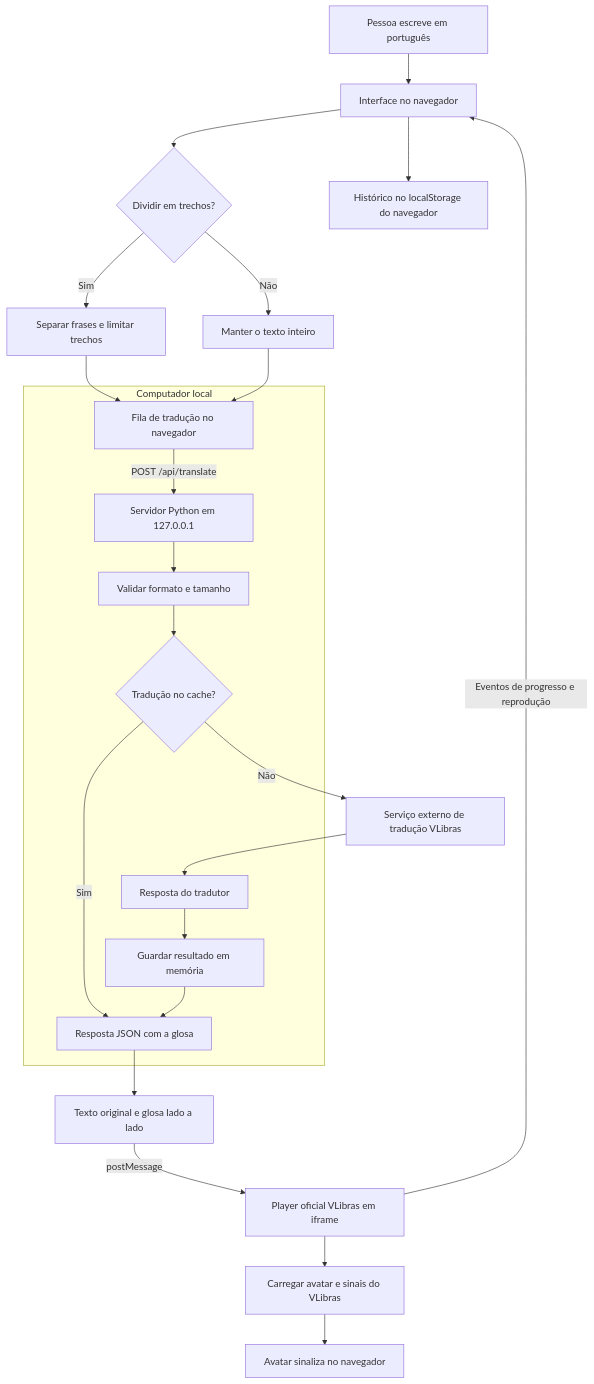
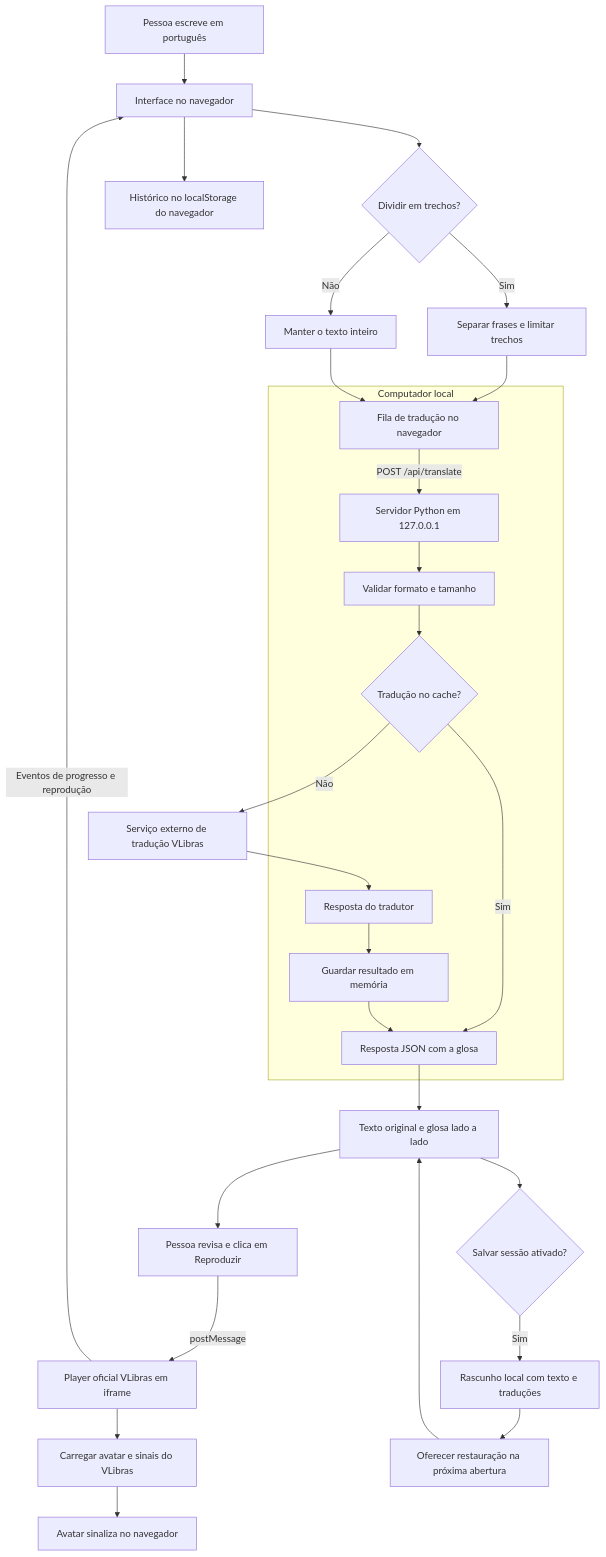
One commit to Pexe171/Texto-em-Libras changed the diagram in README.md. Above: the diagram before and after it, drawn with Mermaid. The commit also changed other lines of this file and 13 other files, not shown here.

````diff
--- a/README.md
+++ b/README.md
@@ -69,27 +74,32 @@
 ```mermaid
 flowchart TD
     Usuario[Pessoa escreve em português] --> Interface[Interface no navegador]
     Interface --> Divisao{Dividir em trechos?}
     Divisao -->|Sim| Trechos[Separar frases e limitar trechos]
     Divisao -->|Não| Inteiro[Manter o texto inteiro]
     Trechos --> Fila[Fila de tradução no navegador]
     Inteiro --> Fila
 
     subgraph Local[Computador local]
         Fila -->|POST /api/translate| Servidor[Servidor Python em 127.0.0.1]
         Servidor --> Validacao[Validar formato e tamanho]
         Validacao --> Cache{Tradução no cache?}
         Cache -->|Sim| Resposta[Resposta JSON com a glosa]
         Retorno[Resposta do tradutor] --> CacheMemoria[Guardar resultado em memória]
         CacheMemoria --> Resposta
     end
 
     Cache -->|Não| Tradutor[Serviço externo de tradução VLibras]
     Tradutor --> Retorno
     Resposta --> Revisao[Texto original e glosa lado a lado]
-    Revisao -->|postMessage| Player[Player oficial VLibras em iframe]
+    Revisao --> Escolha[Pessoa revisa e clica em Reproduzir]
+    Escolha -->|postMessage| Player[Player oficial VLibras em iframe]
     Player --> Acervo[Carregar avatar e sinais do VLibras]
     Acervo --> Animacao[Avatar sinaliza no navegador]
     Player -->|Eventos de progresso e reprodução| Interface
     Interface --> Historico[Histórico no localStorage do navegador]
+    Revisao --> Opcao{Salvar sessão ativado?}
+    Opcao -->|Sim| Rascunho[Rascunho local com texto e traduções]
+    Rascunho --> Restaurar[Oferecer restauração na próxima abertura]
+    Restaurar --> Revisao
 ```
````
